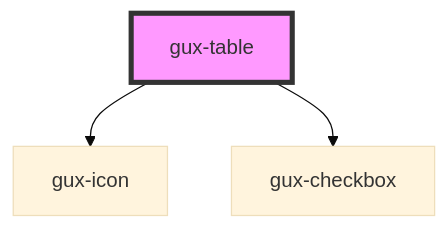
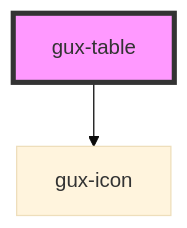
Before and after one commit to ueno-llc/genesys-webcomponents: the diagram in src/components/beta/gux-table/readme.md, drawn with Mermaid (base theme). The commit also changed other lines of this file and 6 other files, not shown here.

First line of the commit message:
feat(table row selection): create gux-row-select component

````diff
--- a/src/components/beta/gux-table/readme.md
+++ b/src/components/beta/gux-table/readme.md
@@ -36,6 +35,5 @@
 ```mermaid
 graph TD;
   gux-table --> gux-icon
-  gux-table --> gux-checkbox
   style gux-table fill:#f9f,stroke:#333,stroke-width:4px
 ```
````
